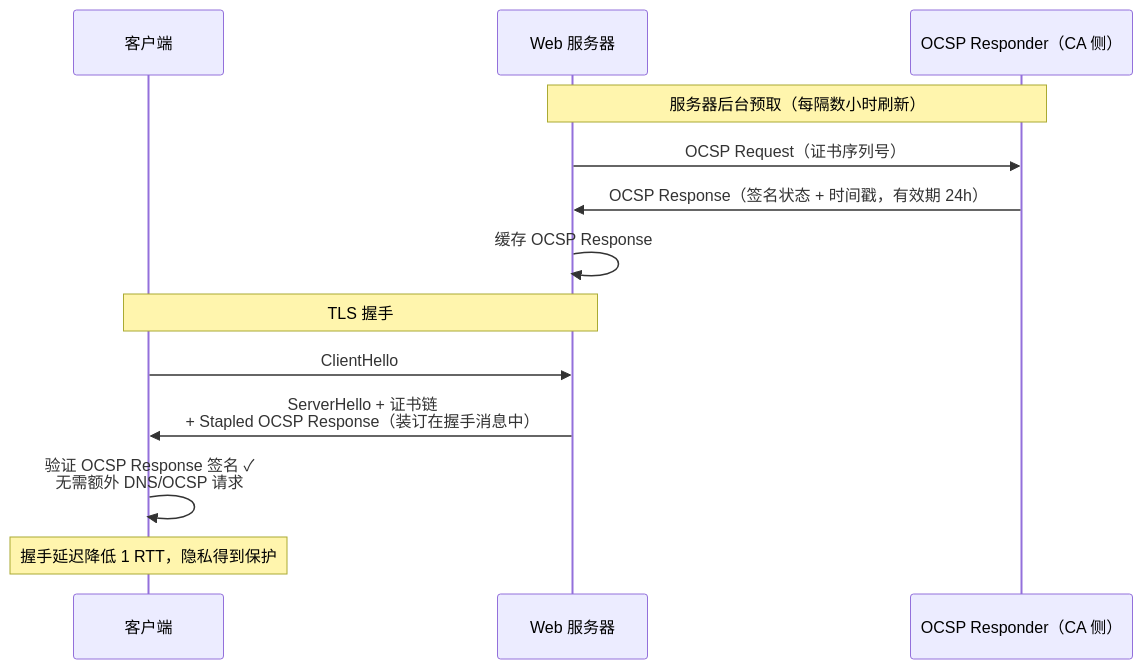
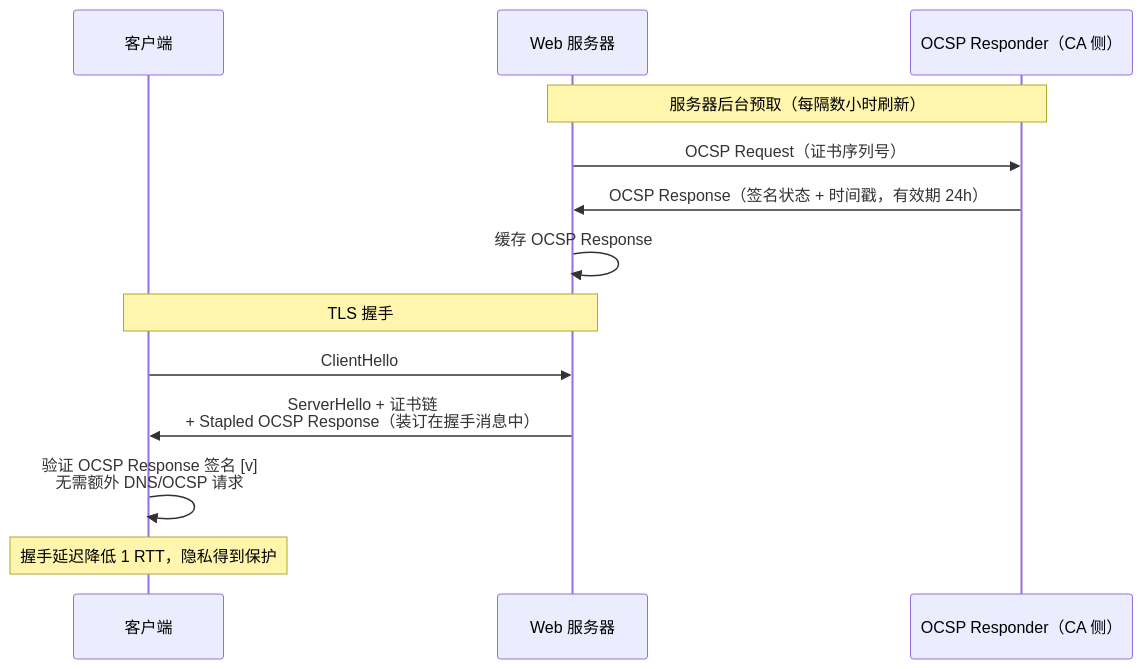
The fifth of 6 diagrams in docs/guide/security/pki.md (SKT-Shurima/NetworkMastery), drawn with Mermaid before and after one commit. The commit also changed other lines of this file and 54 other files, not shown here.

````diff
--- a/docs/guide/security/pki.md
+++ b/docs/guide/security/pki.md
@@ -328,18 +328,18 @@
 ```mermaid
 sequenceDiagram
     participant C as 客户端
     participant S as Web 服务器
     participant O as OCSP Responder（CA 侧）
 
     Note over S,O: 服务器后台预取（每隔数小时刷新）
     S->>O: OCSP Request（证书序列号）
     O->>S: OCSP Response（签名状态 + 时间戳，有效期 24h）
     S->>S: 缓存 OCSP Response
 
     Note over C,S: TLS 握手
     C->>S: ClientHello
     S->>C: ServerHello + 证书链<br/>+ Stapled OCSP Response（装订在握手消息中）
-    C->>C: 验证 OCSP Response 签名 ✓<br/>无需额外 DNS/OCSP 请求
+    C->>C: 验证 OCSP Response 签名 [v]<br/>无需额外 DNS/OCSP 请求
 
     Note over C: 握手延迟降低 1 RTT，隐私得到保护
 ```
````
